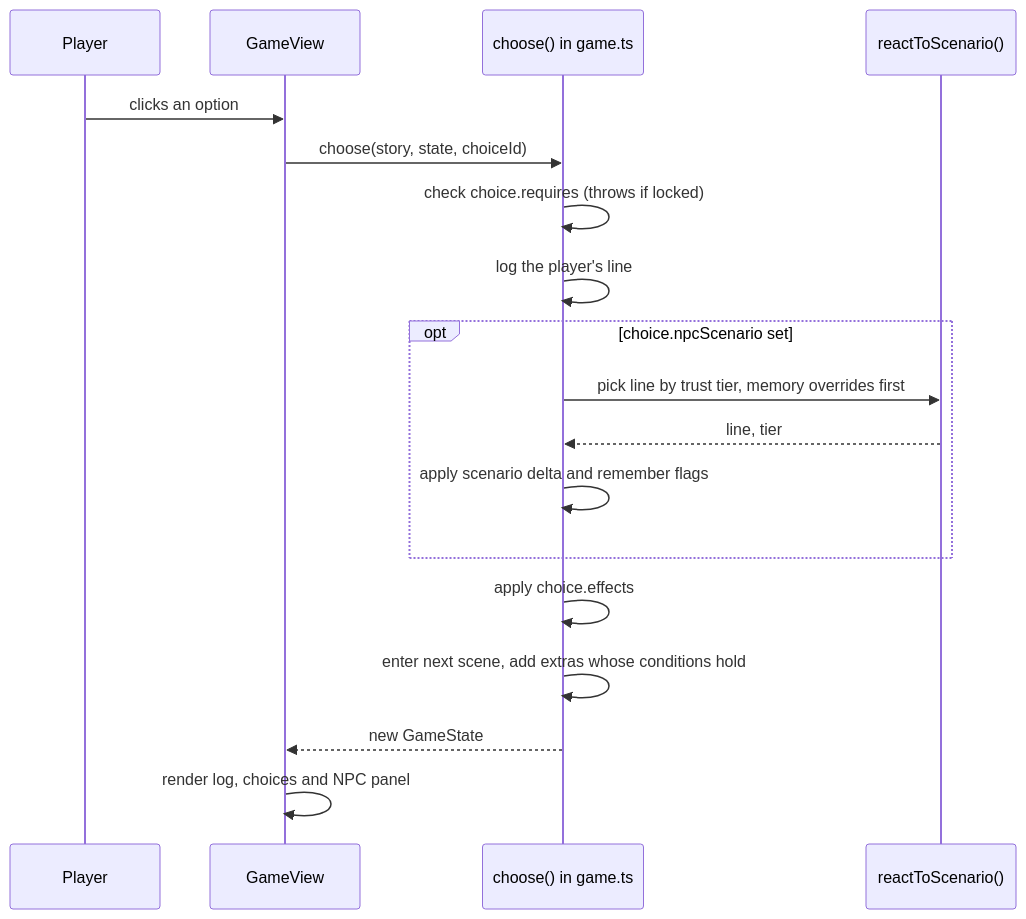
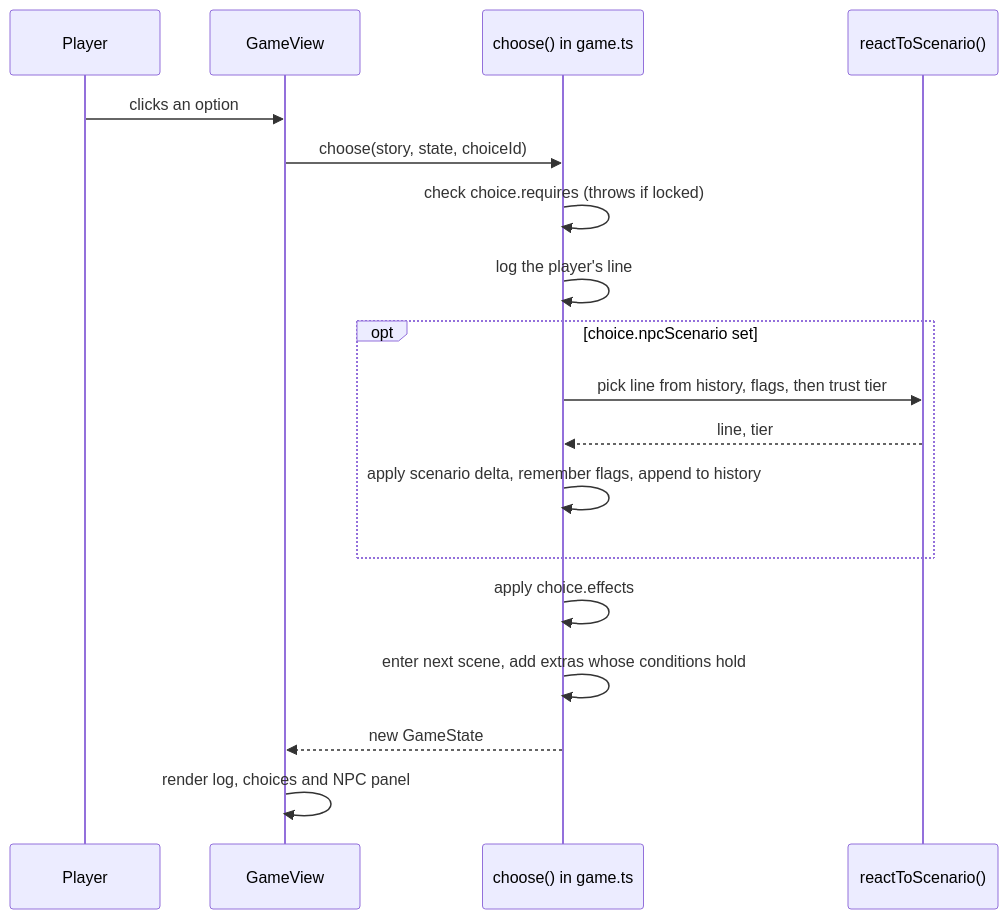
The second of 11 diagrams in docs/ARCHITECTURE.md (jgyy/nextxian), drawn with Mermaid before and after one commit. The commit also changed other lines of this file and 30 other files, not shown here.

````diff
--- a/docs/ARCHITECTURE.md
+++ b/docs/ARCHITECTURE.md
@@ -40,20 +43,20 @@
 ```mermaid
 sequenceDiagram
   participant P as Player
   participant UI as GameView
   participant E as choose() in game.ts
   participant N as reactToScenario()
   P->>UI: clicks an option
   UI->>E: choose(story, state, choiceId)
   E->>E: check choice.requires (throws if locked)
   E->>E: log the player's line
   opt choice.npcScenario set
-    E->>N: pick line by trust tier, memory overrides first
+    E->>N: pick line from history, flags, then trust tier
     N-->>E: line, tier
-    E->>E: apply scenario delta and remember flags
+    E->>E: apply scenario delta, remember flags, append to history
   end
   E->>E: apply choice.effects
   E->>E: enter next scene, add extras whose conditions hold
   E-->>UI: new GameState
   UI->>UI: render log, choices and NPC panel
 ```
````
